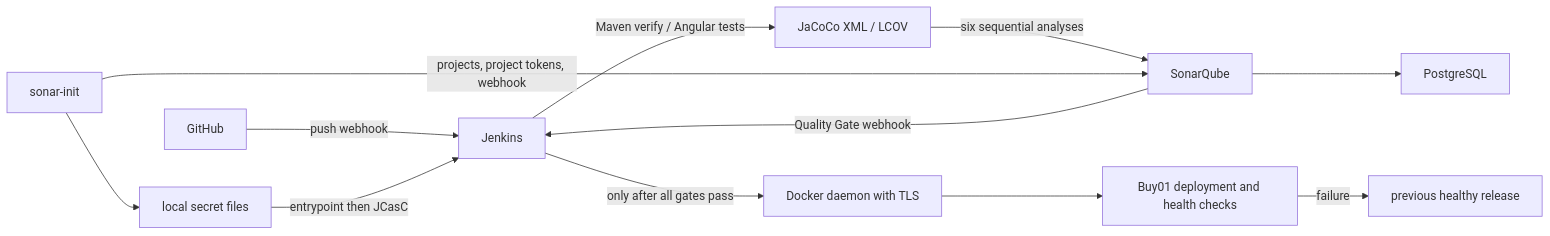
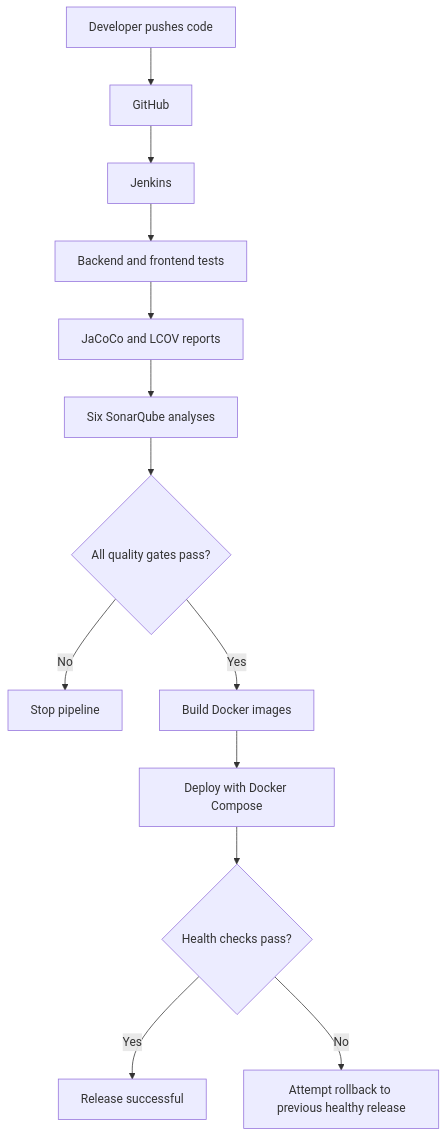
One commit to AyyoubMh48/buy-02 changed the diagram in README.md. Above: the diagram before and after it, drawn with Mermaid. The commit also changed other lines of this file and 9 other files, not shown here.

First line of the commit message:
fix(ci): repair SonarQube provisioning and Jenkins quality gates

````diff
--- a/README.md
+++ b/README.md
@@ -289,14 +23,15 @@
 ```mermaid
-flowchart LR
-    GitHub -->|push webhook| Jenkins
-    Jenkins -->|Maven verify / Angular tests| Coverage[JaCoCo XML / LCOV]
-    Coverage -->|six sequential analyses| SonarQube
-    SonarQube --> PostgreSQL
-    SonarQube -->|Quality Gate webhook| Jenkins
-    Bootstrap[sonar-init] -->|projects, project tokens, webhook| SonarQube
-    Bootstrap --> Secrets[local secret files]
-    Secrets -->|entrypoint then JCasC| Jenkins
-    Jenkins -->|only after all gates pass| DinD[Docker daemon with TLS]
-    DinD --> App[Buy01 deployment and health checks]
-    App -->|failure| Rollback[previous healthy release]
+flowchart TD
+    Developer[Developer pushes code] --> GitHub
+    GitHub --> Jenkins
+    Jenkins --> Tests[Backend and frontend tests]
+    Tests --> Reports[JaCoCo and LCOV reports]
+    Reports --> Sonar[Six SonarQube analyses]
+    Sonar --> Gates{All quality gates pass?}
+    Gates -->|No| Stop[Stop pipeline]
+    Gates -->|Yes| Build[Build Docker images]
+    Build --> Deploy[Deploy with Docker Compose]
+    Deploy --> Health{Health checks pass?}
+    Health -->|Yes| Success[Release successful]
+    Health -->|No| Rollback[Attempt rollback to previous healthy release]
 ```
````
